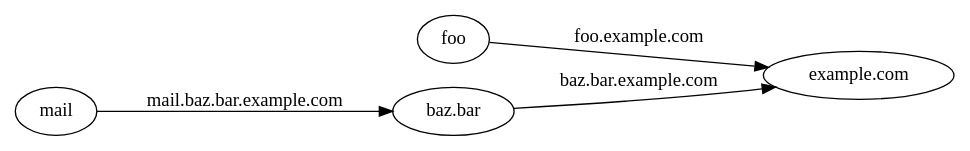
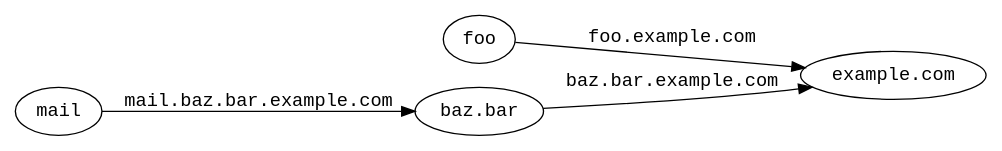
One commit to createyourpersonalaccount/blog changed the diagram in content/img/dns-message-compression.gv. Above: the diagram before and after it, drawn with Graphviz. The commit also changed 1 other file, not shown here.

```diff
--- a/content/img/dns-message-compression.gv
+++ b/content/img/dns-message-compression.gv
@@ -1,13 +1,14 @@
 digraph G {
     rankdir=LR;
-    node [shape=ellipse];
+    node [fontname="Liberation Mono", shape=ellipse];
+    edge [fontname="Liberation Mono"];
 
     A [label="example.com"];
     B [label="foo"];
     C [label="baz.bar"];
     D [label="mail"];
 
     B -> A [label="foo.example.com"];
     C -> A [label="baz.bar.example.com"];
     D -> C [label="mail.baz.bar.example.com"];
 }
```
